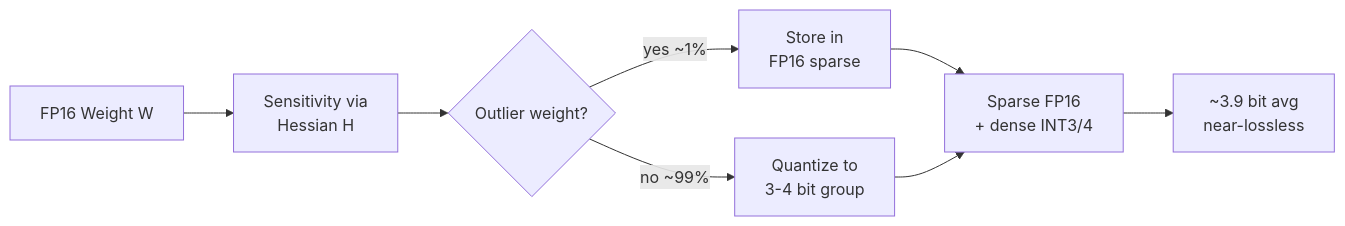
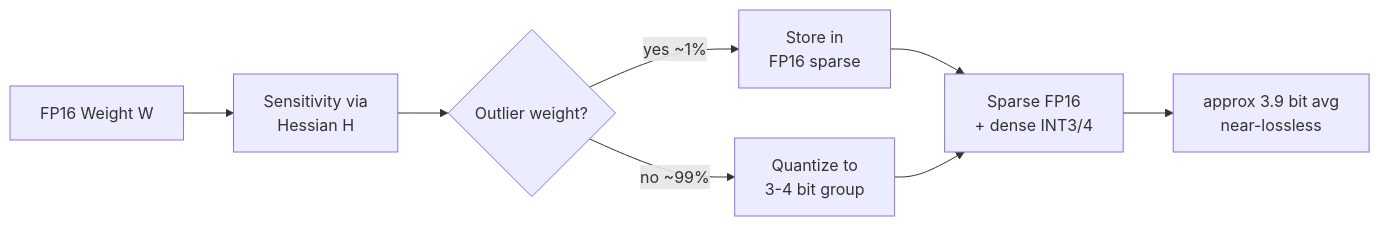
One commit to arpitsinghgautam/llm-quantization-gallery changed the diagram in assets/mermaid/spqr.mmd. Above: the diagram before and after it, drawn with Mermaid. The commit also changed 8 other files, not shown here.

First line of the commit message:
fix: repair Mermaid parse errors, restructure README sections, add authors

```diff
--- a/assets/mermaid/spqr.mmd
+++ b/assets/mermaid/spqr.mmd
@@ -1,8 +1,8 @@
 flowchart LR
     A[FP16 Weight W] --> B[Sensitivity via\nHessian H]
     B --> C{Outlier weight?}
     C -->|yes ~1%| D[Store in\nFP16 sparse]
     C -->|no ~99%| E[Quantize to\n3-4 bit group]
     D --> F[Sparse FP16\n+ dense INT3/4]
     E --> F
-    F --> G[~3.9 bit avg\nnear-lossless]
+    F --> G[approx 3.9 bit avg\nnear-lossless]
```
